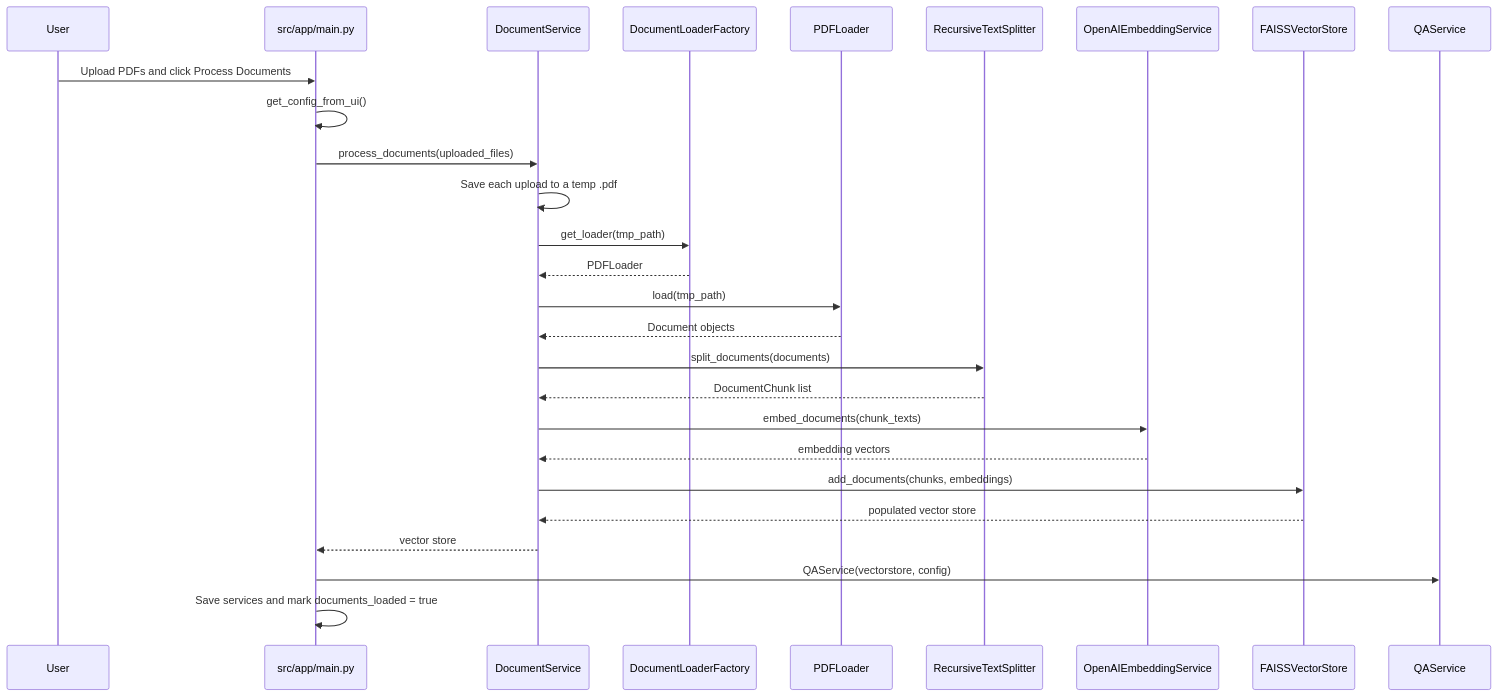
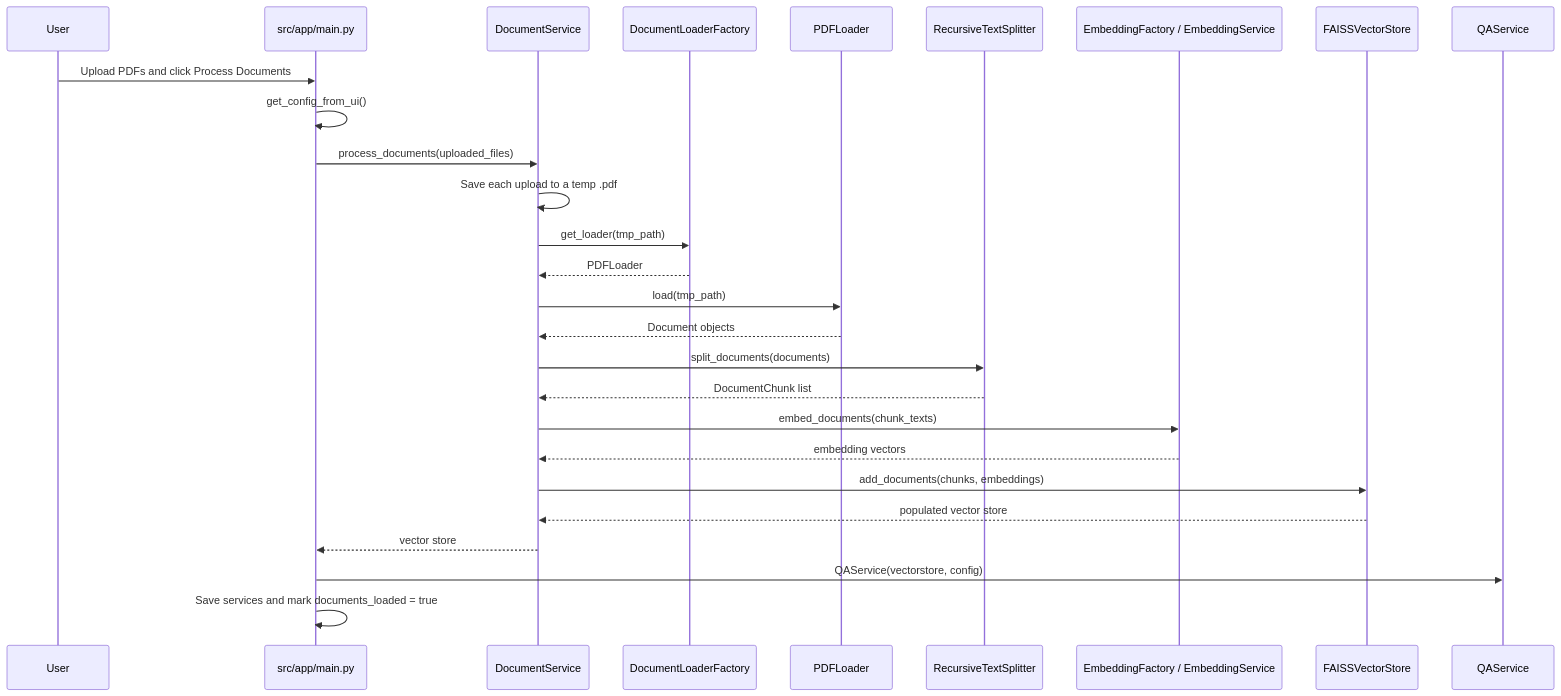
Before and after one commit to pravas-behera/resume-reader: the first of 3 diagrams in CONTROL_FLOW.md, drawn with Mermaid. The commit also changed other lines of this file and 5 other files, not shown here.

````diff
--- a/CONTROL_FLOW.md
+++ b/CONTROL_FLOW.md
@@ -59,30 +63,30 @@
 ```mermaid
 sequenceDiagram
     participant User
     participant UI as src/app/main.py
     participant DS as DocumentService
     participant Factory as DocumentLoaderFactory
     participant Loader as PDFLoader
     participant Splitter as RecursiveTextSplitter
-    participant Embed as OpenAIEmbeddingService
+    participant Embed as EmbeddingFactory / EmbeddingService
     participant Store as FAISSVectorStore
     participant QA as QAService
 
     User->>UI: Upload PDFs and click Process Documents
     UI->>UI: get_config_from_ui()
     UI->>DS: process_documents(uploaded_files)
     DS->>DS: Save each upload to a temp .pdf
     DS->>Factory: get_loader(tmp_path)
     Factory-->>DS: PDFLoader
     DS->>Loader: load(tmp_path)
     Loader-->>DS: Document objects
     DS->>Splitter: split_documents(documents)
     Splitter-->>DS: DocumentChunk list
     DS->>Embed: embed_documents(chunk_texts)
     Embed-->>DS: embedding vectors
     DS->>Store: add_documents(chunks, embeddings)
     Store-->>DS: populated vector store
     DS-->>UI: vector store
     UI->>QA: QAService(vectorstore, config)
     UI->>UI: Save services and mark documents_loaded = true
 ```
````
